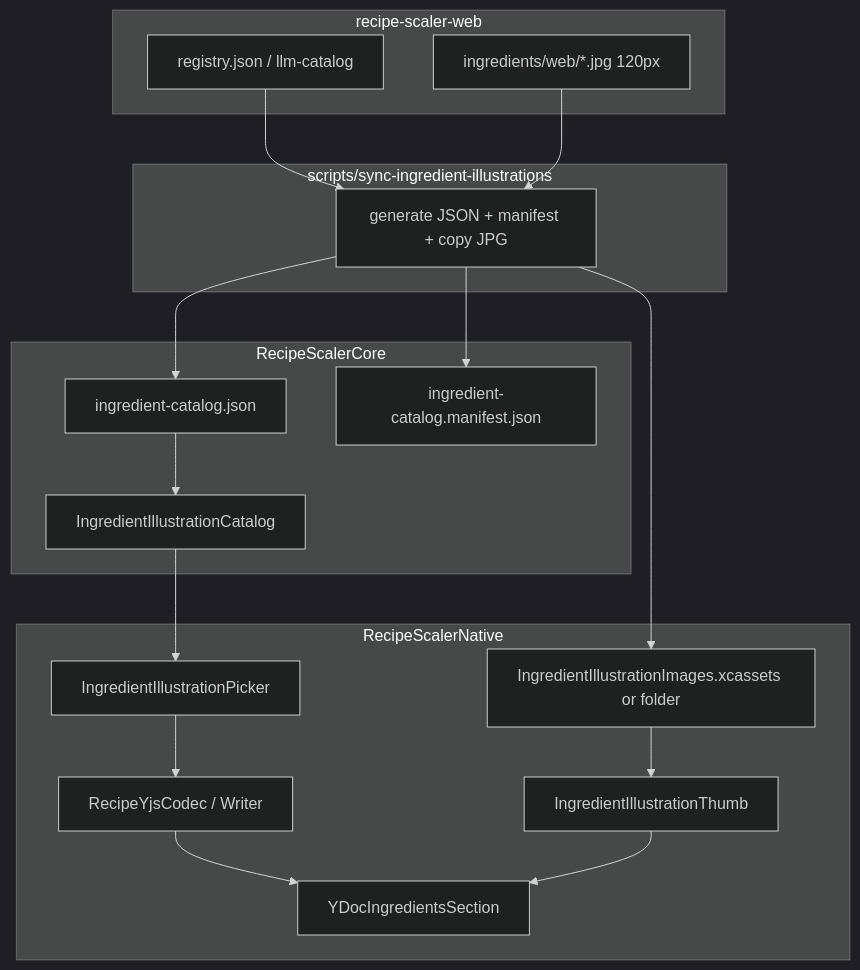
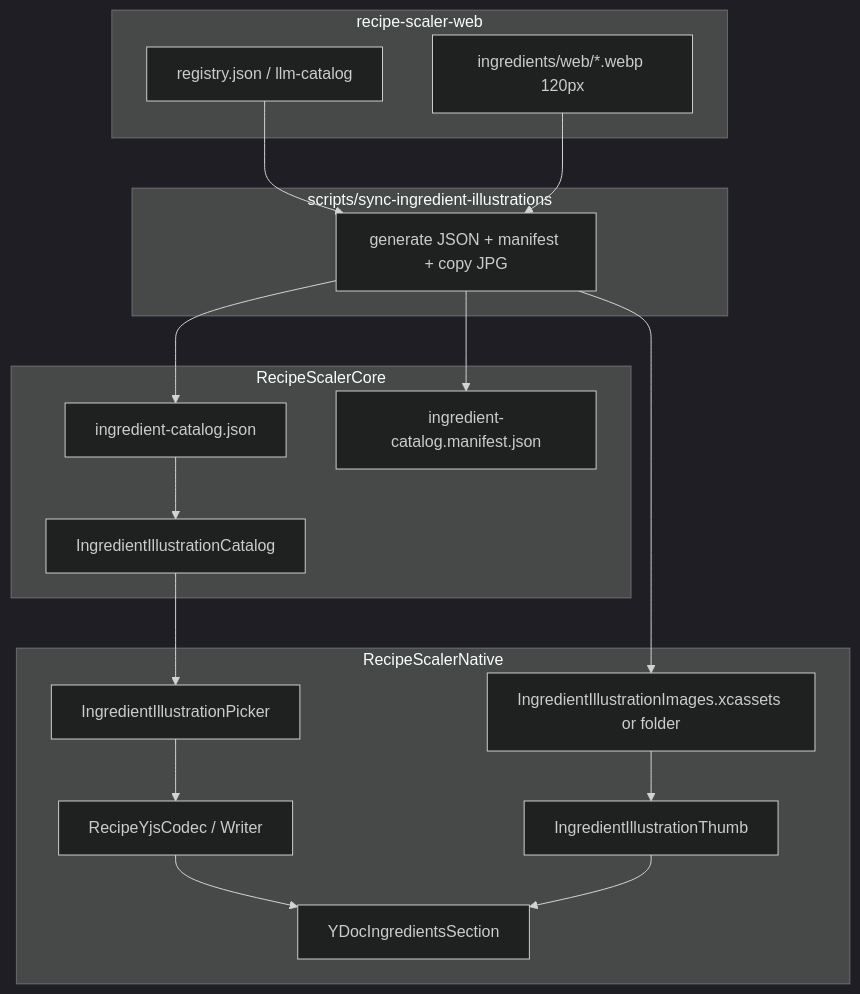
One commit to mikeozornin/recipe-scaler-native changed the diagram in specs/043-ingredient-illustrations/plan.md. Above: the diagram before and after it, drawn with Mermaid (dark theme). The commit also changed other lines of this file and 684 other files, not shown here.

First line of the commit message:
feat(ingredients): bundle transparent WebP thumbs on iOS

````diff
--- a/specs/043-ingredient-illustrations/plan.md
+++ b/specs/043-ingredient-illustrations/plan.md
@@ -10,33 +10,33 @@
 ```mermaid
 flowchart TB
   subgraph web_repo [recipe-scaler-web]
     Reg[registry.json / llm-catalog]
-    WebJPG[ingredients/web/*.jpg 120px]
+    WebWebP[ingredients/web/*.webp 120px]
   end
   subgraph sync [scripts/sync-ingredient-illustrations]
     Script[generate JSON + manifest + copy JPG]
   end
   subgraph core [RecipeScalerCore]
     JSON[ingredient-catalog.json]
     Man[ingredient-catalog.manifest.json]
     Cat[IngredientIllustrationCatalog]
   end
   subgraph app [RecipeScalerNative]
     Assets[IngredientIllustrationImages.xcassets or folder]
     Thumb[IngredientIllustrationThumb]
     Picker[IngredientIllustrationPicker]
     Codec[RecipeYjsCodec / Writer]
     Grid[YDocIngredientsSection]
   end
   Reg --> Script
-  WebJPG --> Script
+  WebWebP --> Script
   Script --> JSON
   Script --> Man
   Script --> Assets
   JSON --> Cat
   Cat --> Picker
   Assets --> Thumb
   Codec --> Grid
   Thumb --> Grid
   Picker --> Codec
 ```
````
